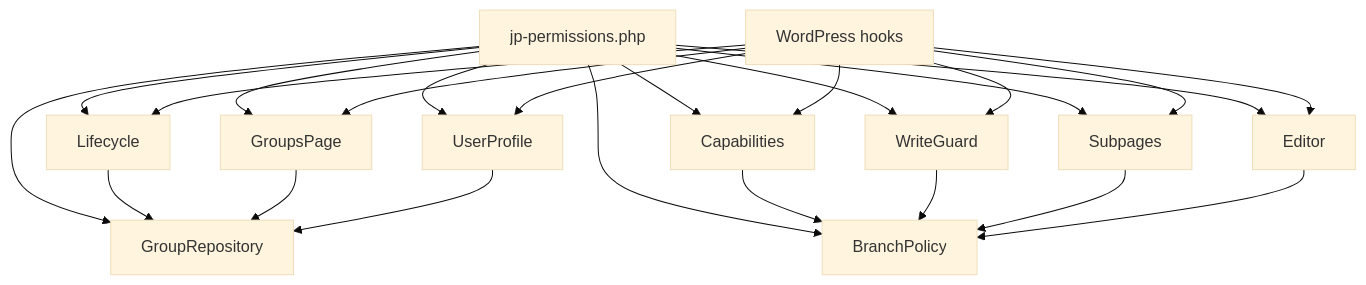
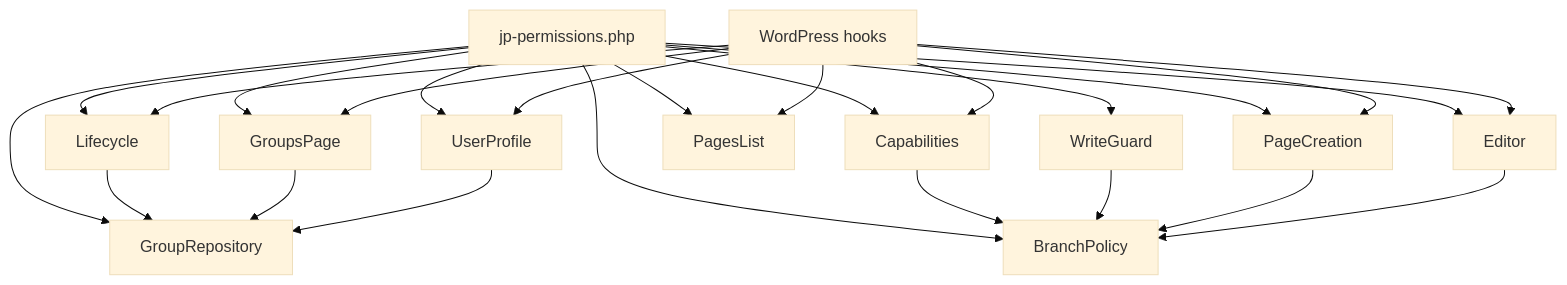
Before and after one commit to jaypee-solutions/jp-permissions: the first of 4 diagrams in docs/prd/architecture.md, drawn with Mermaid (base theme). The commit also changed other lines of this file and 3 other files, not shown here.

````diff
--- a/docs/prd/architecture.md
+++ b/docs/prd/architecture.md
@@ -16,26 +16,27 @@
 ```mermaid
 flowchart TD
   Plugin[jp-permissions.php] --> Lifecycle
   Plugin --> GroupRepository
   Plugin --> BranchPolicy
   Plugin --> Capabilities
   Plugin --> WriteGuard
-  Plugin --> Subpages
+  Plugin --> PageCreation
   Plugin --> GroupsPage
+  Plugin --> PagesList
   Plugin --> UserProfile
   Plugin --> Editor
   Lifecycle --> GroupRepository
   Capabilities --> BranchPolicy
   WriteGuard --> BranchPolicy
-  Subpages --> BranchPolicy
+  PageCreation --> BranchPolicy
   GroupsPage --> GroupRepository
   UserProfile --> GroupRepository
   Editor --> BranchPolicy
   WordPress[WordPress hooks] --> Capabilities
-  WordPress --> WriteGuard
-  WordPress --> Subpages
+  WordPress --> PageCreation
   WordPress --> GroupsPage
+  WordPress --> PagesList
   WordPress --> UserProfile
   WordPress --> Editor
   WordPress --> Lifecycle
 ```
````
